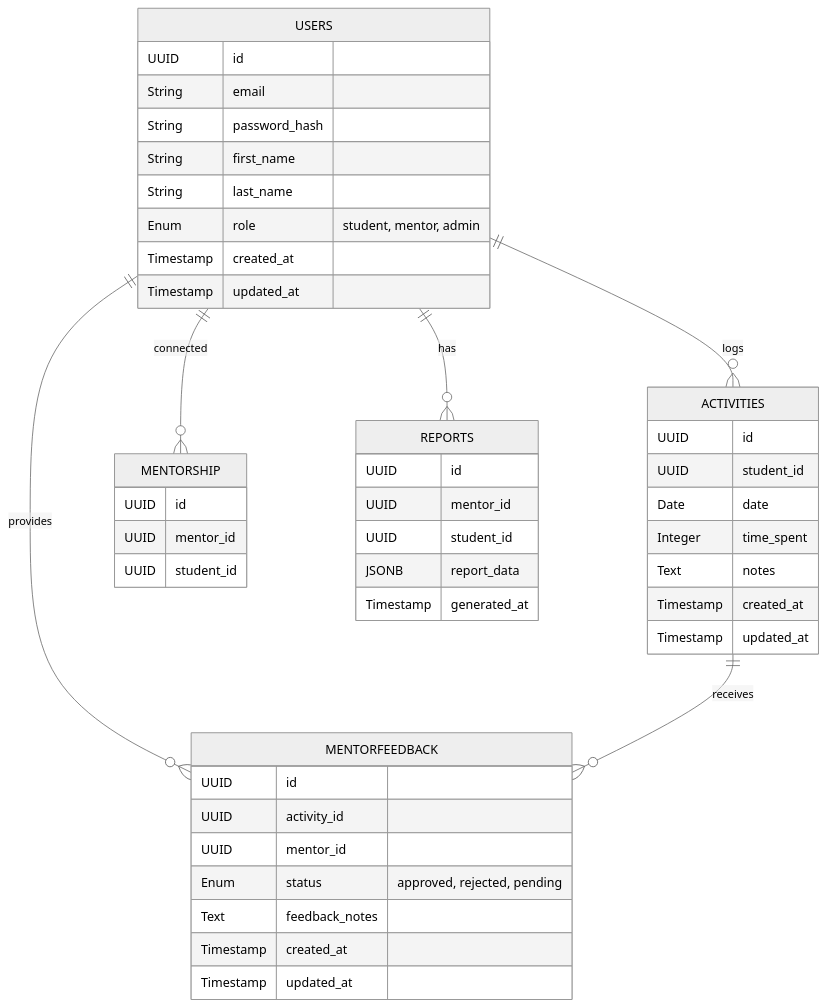
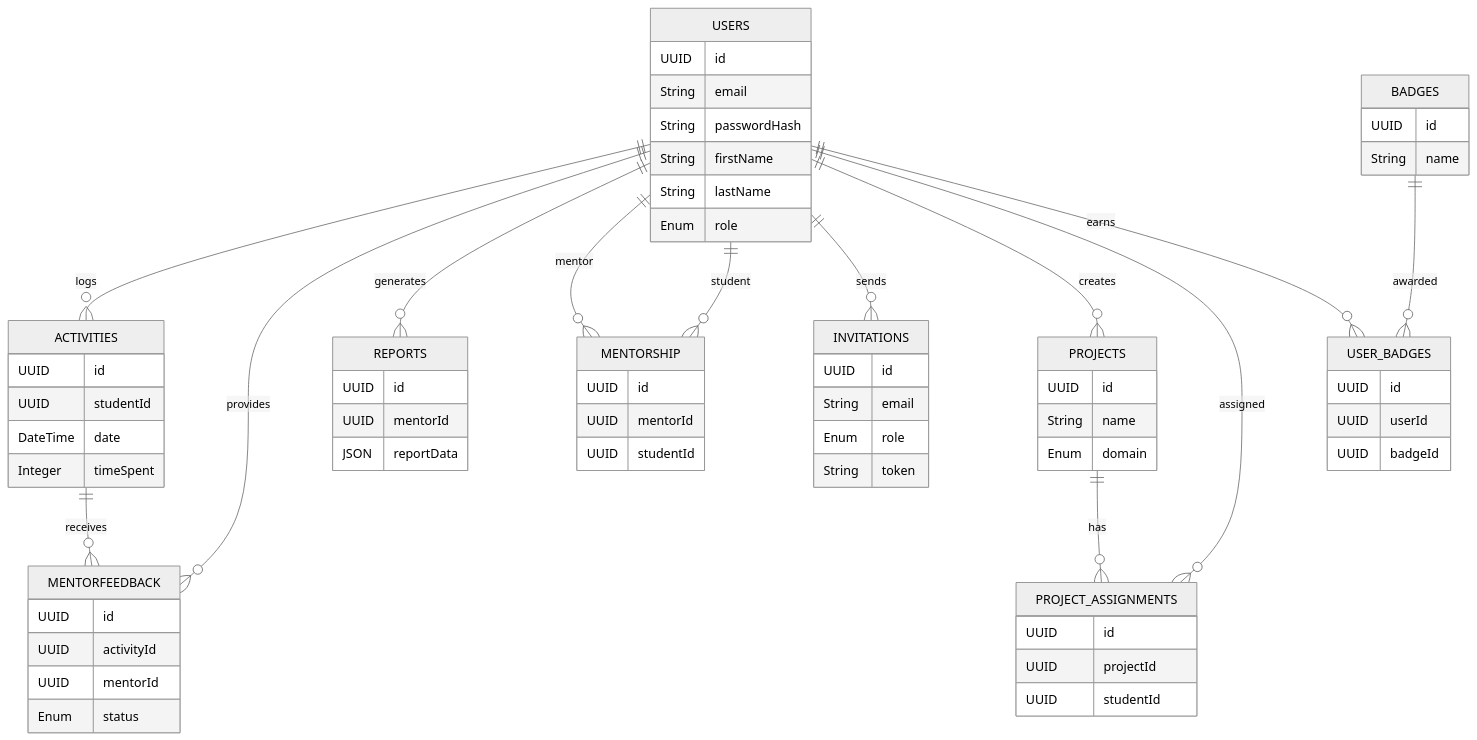
The diagram in docs/schema/README.md (tracet2t/Digital-Logbook), drawn with Mermaid (neutral theme) before and after one commit. The commit also changed other lines of this file and 8 other files, not shown here.

Commit message:
Updateing role schema

````diff
--- a/docs/schema/README.md
+++ b/docs/schema/README.md
@@ -44,55 +129,81 @@
 ```mermaid
 erDiagram
+
     USERS {
         UUID id
         String email
-        String password_hash
-        String first_name
-        String last_name
-        Enum role "student, mentor, admin"
-        Timestamp created_at
-        Timestamp updated_at
+        String passwordHash
+        String firstName
+        String lastName
+        Enum role
     }
-    
 
     ACTIVITIES {
         UUID id
-        UUID student_id
-        Date date
-        Integer time_spent
-        Text notes
-        Timestamp created_at
-        Timestamp updated_at
+        UUID studentId
+        DateTime date
+        Integer timeSpent
     }
 
     MENTORFEEDBACK {
         UUID id
-        UUID activity_id
-        UUID mentor_id
-        Enum status "approved, rejected, pending"
-        Text feedback_notes
-        Timestamp created_at
-        Timestamp updated_at
-    }
-    
-    MENTORSHIP {
-        UUID id
-        UUID mentor_id
-        UUID student_id
+        UUID activityId
+        UUID mentorId
+        Enum status
     }
 
     REPORTS {
         UUID id
-        UUID mentor_id
-        UUID student_id
-        JSONB report_data
-        Timestamp generated_at
+        UUID mentorId
+        JSON reportData
     }
 
-    USERS ||--o{ REPORTS : "has"
-    USERS ||--o{ MENTORSHIP : "connected"
-    USERS ||--o{ ACTIVITIES : "logs"
-    USERS ||--o{ MENTORFEEDBACK : "provides"
-    ACTIVITIES ||--o{ MENTORFEEDBACK : "receives"
+    MENTORSHIP {
+        UUID id
+        UUID mentorId
+        UUID studentId
+    }
 
+    INVITATIONS {
+        UUID id
+        String email
+        Enum role
+        String token
+    }
+
+    PROJECTS {
+        UUID id
+        String name
+        Enum domain
+    }
+
+    PROJECT_ASSIGNMENTS {
+        UUID id
+        UUID projectId
+        UUID studentId
+    }
+
+    BADGES {
+        UUID id
+        String name
+    }
+
+    USER_BADGES {
+        UUID id
+        UUID userId
+        UUID badgeId
+    }
+
+    USERS ||--o{ ACTIVITIES : logs
+    USERS ||--o{ MENTORFEEDBACK : provides
+    ACTIVITIES ||--o{ MENTORFEEDBACK : receives
+    USERS ||--o{ REPORTS : generates
+    USERS ||--o{ MENTORSHIP : mentor
+    USERS ||--o{ MENTORSHIP : student
+    USERS ||--o{ INVITATIONS : sends
+    USERS ||--o{ PROJECTS : creates
+    PROJECTS ||--o{ PROJECT_ASSIGNMENTS : has
+    USERS ||--o{ PROJECT_ASSIGNMENTS : assigned
+    USERS ||--o{ USER_BADGES : earns
+    BADGES ||--o{ USER_BADGES : awarded
 ```
````
